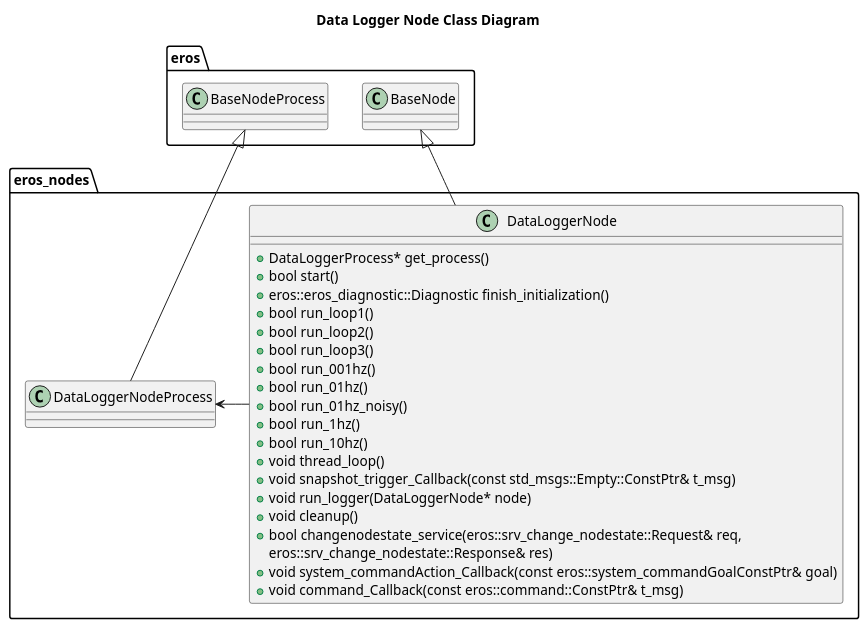
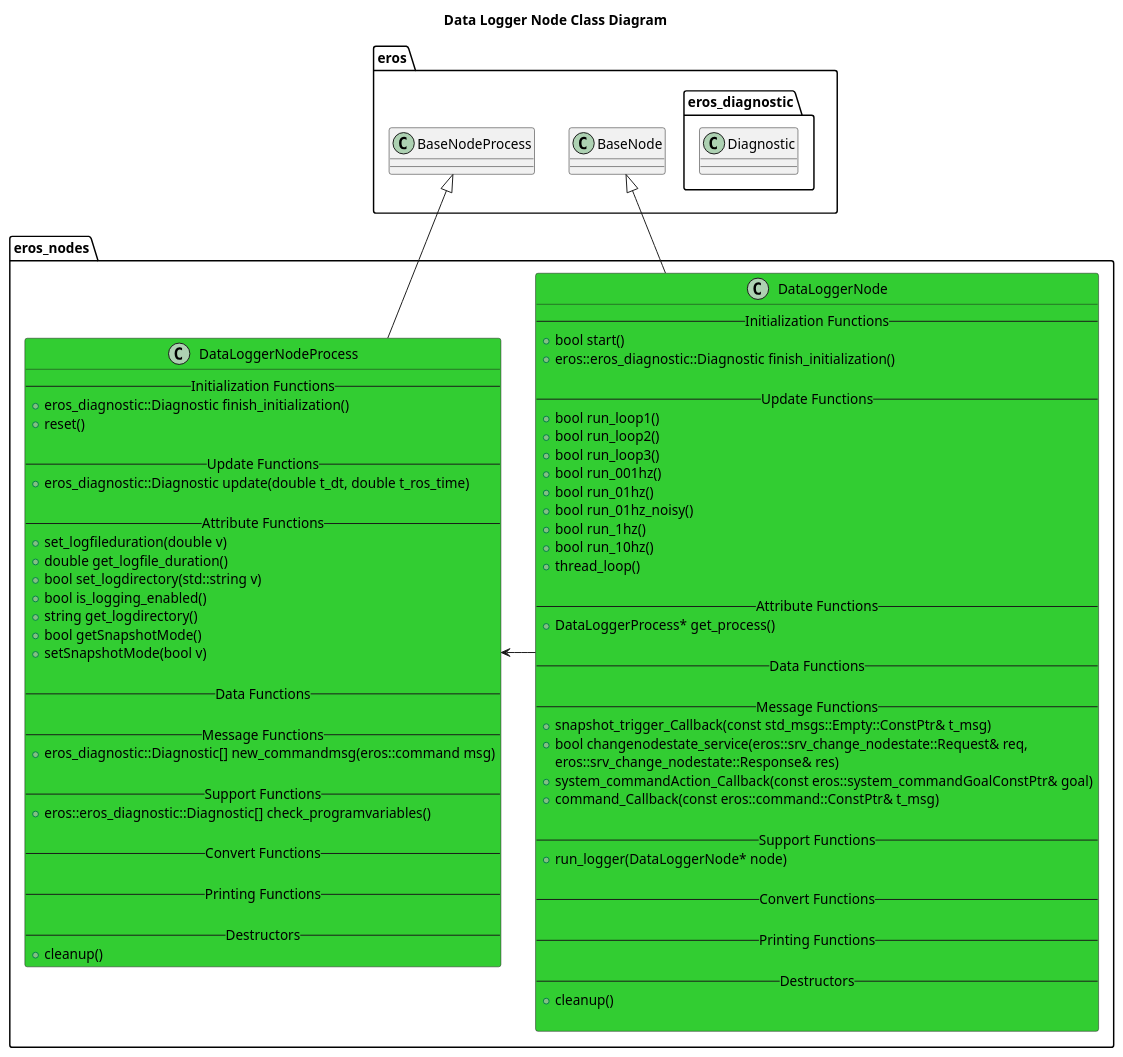
One commit to dgitz/eros changed the diagram in nodes/DataLoggerNode/doc/DataLoggerNodeClassDiagram.puml. Above: the diagram before and after it, drawn with PlantUML. The commit also changed 47 other files, not shown here.

```diff
--- a/nodes/DataLoggerNode/doc/DataLoggerNodeClassDiagram.puml
+++ b/nodes/DataLoggerNode/doc/DataLoggerNodeClassDiagram.puml
@@ -1,41 +1,91 @@
 @startuml
 title Data Logger Node Class Diagram
 package eros {
     class BaseNode
     class BaseNodeProcess
+    namespace eros_diagnostic {
+        class Diagnostic
+    }
 }
 namespace eros_nodes {
-    class DataLoggerNode {
-        +DataLoggerProcess* get_process()
+    class DataLoggerNode #LimeGreen {
+        -- Initialization Functions --
         +bool start()
         +eros::eros_diagnostic::Diagnostic finish_initialization()
+
+        -- Update Functions --
         +bool run_loop1()
         +bool run_loop2()
         +bool run_loop3()
         +bool run_001hz()
         +bool run_01hz()
         +bool run_01hz_noisy()
         +bool run_1hz()
         +bool run_10hz()
-        +void thread_loop()
-        +void snapshot_trigger_Callback(const std_msgs::Empty::ConstPtr& t_msg)
-        +void run_logger(DataLoggerNode* node)
-        +void cleanup()
+        +thread_loop()
+
+        -- Attribute Functions --
+        +DataLoggerProcess* get_process()
+
+        -- Data Functions --
+
+        -- Message Functions --
+        +snapshot_trigger_Callback(const std_msgs::Empty::ConstPtr& t_msg)
         +bool changenodestate_service(eros::srv_change_nodestate::Request& req,
                                     eros::srv_change_nodestate::Response& res)
-        +void system_commandAction_Callback(const eros::system_commandGoalConstPtr& goal)
-        +void command_Callback(const eros::command::ConstPtr& t_msg)
+        +system_commandAction_Callback(const eros::system_commandGoalConstPtr& goal)
+        +command_Callback(const eros::command::ConstPtr& t_msg)
+
+        -- Support Functions --
+        +run_logger(DataLoggerNode* node)
+
+        -- Convert Functions --
+        
+        -- Printing Functions --
+
+        -- Destructors --
+        +cleanup()
+
     }
-    class DataLoggerNodeProcess {
+    class DataLoggerNodeProcess #LimeGreen {
+        -- Initialization Functions --
+        +eros_diagnostic::Diagnostic finish_initialization()
+        +reset()
 
+        -- Update Functions --
+        +eros_diagnostic::Diagnostic update(double t_dt, double t_ros_time)
+
+        -- Attribute Functions --
+        +set_logfileduration(double v)
+        +double get_logfile_duration()
+        +bool set_logdirectory(std::string v)
+        +bool is_logging_enabled()
+        +string get_logdirectory() 
+        +bool getSnapshotMode()
+        +setSnapshotMode(bool v) 
+
+        -- Data Functions --
+
+        -- Message Functions --
+        +eros_diagnostic::Diagnostic[] new_commandmsg(eros::command msg)
+
+        -- Support Functions --
+        +eros::eros_diagnostic::Diagnostic[] check_programvariables()
+
+        -- Convert Functions --
+        
+        -- Printing Functions --
+
+        -- Destructors --
+        +cleanup()
     }
 
     BaseNode <|-- DataLoggerNode
     BaseNodeProcess <|-- DataLoggerNodeProcess
     DataLoggerNode -> DataLoggerNodeProcess 
 
 
 
 }
 
 @enduml
```
